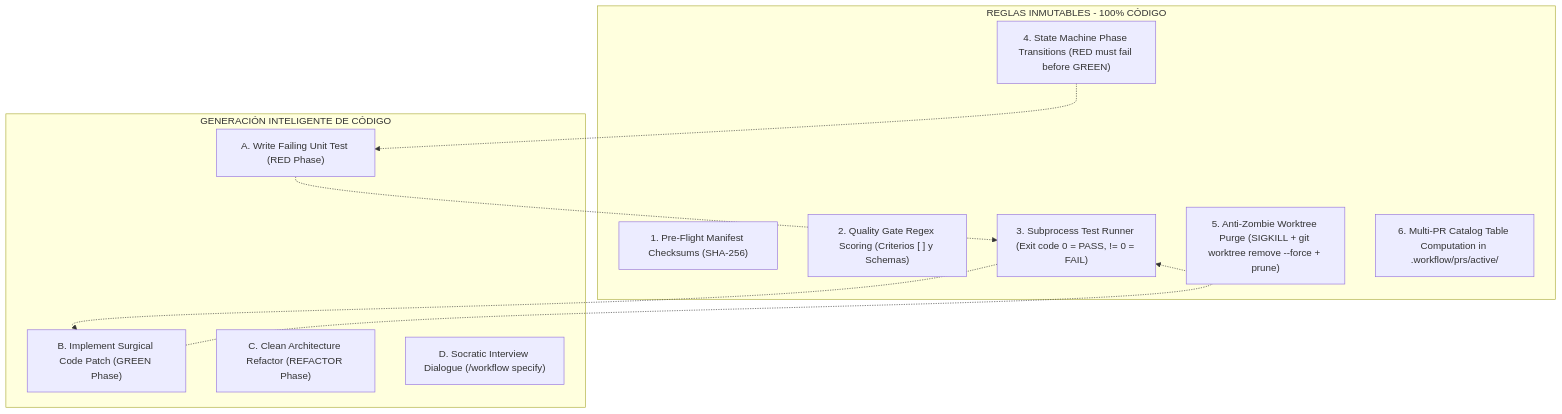
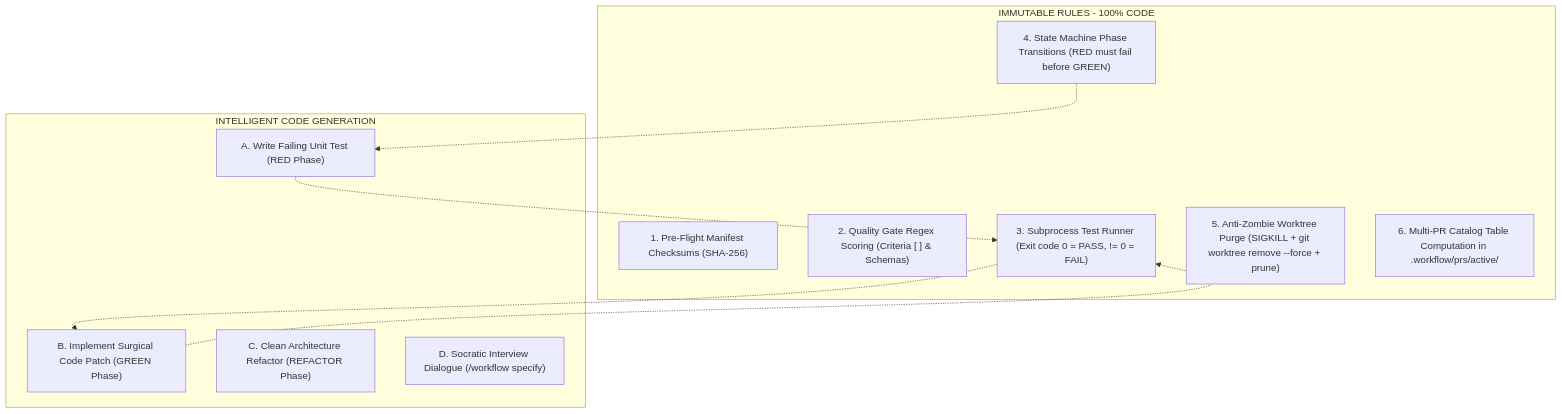
The diagram in skills/workflow/references/ARCHITECTURE.md (cezartdev/skills), drawn with Mermaid before and after one commit. The commit also changed 6 other files, not shown here.

````diff
--- a/skills/workflow/references/ARCHITECTURE.md
+++ b/skills/workflow/references/ARCHITECTURE.md
@@ -69,23 +69,23 @@
 ```mermaid
 graph TD
-    subgraph Pure-Deterministic Python Pipeline [REGLAS INMUTABLES - 100% CÓDIGO]
+    subgraph Pure-Deterministic Python Pipeline [IMMUTABLE RULES - 100% CODE]
         D1["1. Pre-Flight Manifest Checksums (SHA-256)"]
-        D2["2. Quality Gate Regex Scoring (Criterios [ ] y Schemas)"]
+        D2["2. Quality Gate Regex Scoring (Criteria [ ] & Schemas)"]
         D3["3. Subprocess Test Runner (Exit code 0 = PASS, != 0 = FAIL)"]
         D4["4. State Machine Phase Transitions (RED must fail before GREEN)"]
         D5["5. Anti-Zombie Worktree Purge (SIGKILL + git worktree remove --force + prune)"]
         D6["6. Multi-PR Catalog Table Computation in .workflow/prs/active/"]
     end
 
-    subgraph LLM Reasoning Engine [GENERACIÓN INTELIGENTE DE CÓDIGO]
+    subgraph LLM Reasoning Engine [INTELLIGENT CODE GENERATION]
         L1["A. Write Failing Unit Test (RED Phase)"]
         L2["B. Implement Surgical Code Patch (GREEN Phase)"]
         L3["C. Clean Architecture Refactor (REFACTOR Phase)"]
         L4["D. Socratic Interview Dialogue (/workflow specify)"]
     end
 
     D4 -.-> L1
     L1 -.-> D3
     D3 -.-> L2
     L2 -.-> D3
 ```
````
